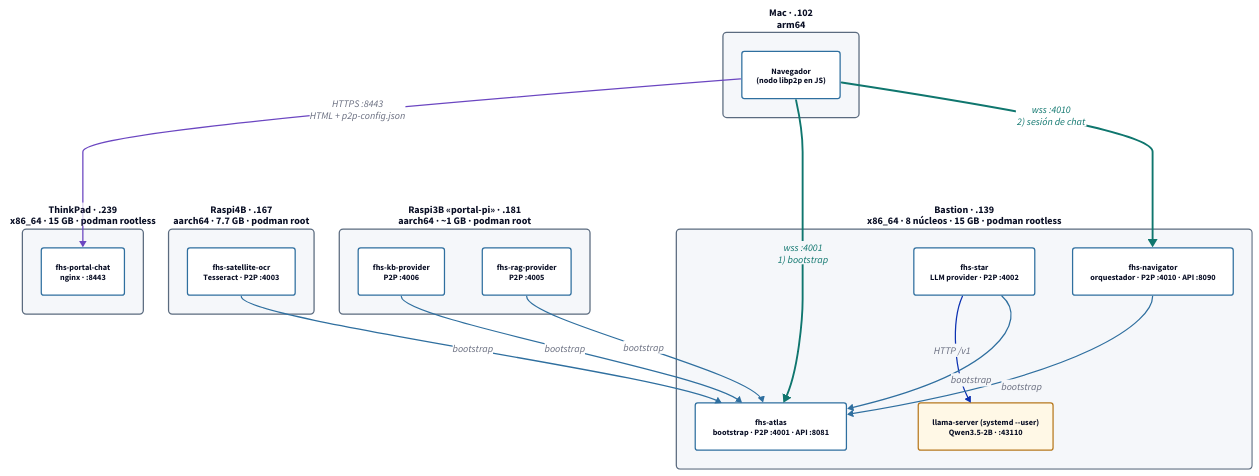
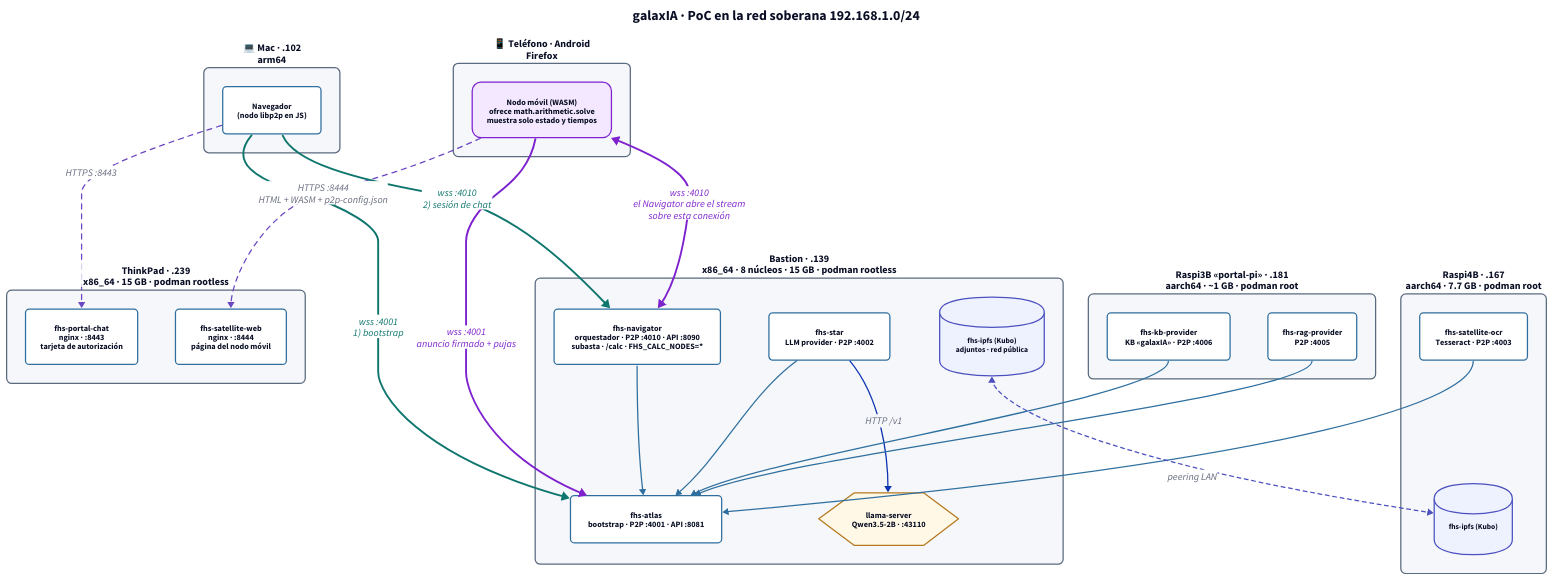
Before and after one commit to rafex/galaxIA-gitops: the diagram in docs/diagramas/topologia.d2, drawn with D2. The commit also changed 11 other files, not shown here.

First line of the commit message:
docs: estado 2026-10-01, nodo móvil /calc, KB galaxIA y diagramas D2 nuevos

```diff
--- a/docs/diagramas/topologia.d2
+++ b/docs/diagramas/topologia.d2
@@ -1,97 +1,120 @@
 # Topología de la PoC — qué corre dónde y quién habla con quién
 # Red soberana 192.168.1.0/24 (router OpenWrt 192.168.1.1). El acceso SSH
 # de operación está aparte: acceso-operacion.d2
 # Regenerar: scripts/render-diagramas.sh
 
 direction: down
 
 classes: {
   host: {
     style: {
       fill: "#F5F7FA"
       stroke: "#5B6B7F"
-      border-radius: 6
+      border-radius: 8
       font-size: 16
       bold: true
     }
   }
   svc: {
     style: {
       fill: "#FFFFFF"
       stroke: "#2F6F9F"
-      border-radius: 4
+      border-radius: 6
       font-size: 13
     }
   }
   llm: {
+    shape: hexagon
     style: {
       fill: "#FFF8E6"
       stroke: "#B7791F"
-      border-radius: 4
       font-size: 13
     }
   }
-  p2p: {
+  store: {
+    shape: cylinder
     style: {
-      stroke: "#2F6F9F"
-      stroke-width: 2
+      fill: "#EEF2FF"
+      stroke: "#4C51BF"
+      font-size: 12
     }
   }
-  browser: {
+  movil: {
     style: {
-      stroke: "#0F766E"
-      stroke-width: 3
-      font-color: "#0F766E"
+      fill: "#F3E8FF"
+      stroke: "#7E22CE"
+      stroke-width: 2
+      border-radius: 14
+      font-size: 13
     }
   }
-  web: {
-    style: {
-      stroke: "#6B46C1"
-      stroke-width: 2
-    }
-  }
+  p2p: { style: { stroke: "#2F6F9F"; stroke-width: 2 } }
+  browser: { style: { stroke: "#0F766E"; stroke-width: 3; font-color: "#0F766E" } }
+  web: { style: { stroke: "#6B46C1"; stroke-width: 2; stroke-dash: 4 } }
+  nodo: { style: { stroke: "#7E22CE"; stroke-width: 3; font-color: "#7E22CE" } }
 }
 
-mac: "Mac · .102\narm64" {
+titulo: "galaxIA · PoC en la red soberana 192.168.1.0/24" {
+  near: top-center
+  shape: text
+  style.font-size: 22
+  style.bold: true
+}
+
+mac: "💻 Mac · .102\narm64" {
   class: host
   navegador: "Navegador\n(nodo libp2p en JS)" {class: svc}
 }
 
+telefono: "📱 Teléfono · Android\nFirefox" {
+  class: host
+  nodo: "Nodo móvil (WASM)\nofrece math.arithmetic.solve\nmuestra solo estado y tiempos" {class: movil}
+}
+
 thinkpad: "ThinkPad · .239\nx86_64 · 15 GB · podman rootless" {
   class: host
-  portal: "fhs-portal-chat\nnginx · :8443" {class: svc}
+  portal: "fhs-portal-chat\nnginx · :8443\ntarjeta de autorización" {class: svc}
+  web: "fhs-satellite-web\nnginx · :8444\npágina del nodo móvil" {class: svc}
 }
 
 bastion: "Bastion · .139\nx86_64 · 8 núcleos · 15 GB · podman rootless" {
   class: host
   atlas: "fhs-atlas\nbootstrap · P2P :4001 · API :8081" {class: svc}
-  navigator: "fhs-navigator\norquestador · P2P :4010 · API :8090" {class: svc}
+  navigator: "fhs-navigator\norquestador · P2P :4010 · API :8090\nsubasta · /calc · FHS_CALC_NODES=*" {class: svc}
   star: "fhs-star\nLLM provider · P2P :4002" {class: svc}
-  llama: "llama-server (systemd --user)\nQwen3.5-2B · :43110" {class: llm}
+  llama: "llama-server\nQwen3.5-2B · :43110" {class: llm}
+  ipfs: "fhs-ipfs (Kubo)\nadjuntos · red pública" {class: store}
   star -> llama: "HTTP /v1"
 }
 
 raspi4b: "Raspi4B · .167\naarch64 · 7.7 GB · podman root" {
   class: host
   ocr: "fhs-satellite-ocr\nTesseract · P2P :4003" {class: svc}
+  ipfs: "fhs-ipfs (Kubo)" {class: store}
 }
 
 raspi3b: "Raspi3B «portal-pi» · .181\naarch64 · ~1 GB · podman root" {
   class: host
-  kb: "fhs-kb-provider\nP2P :4006" {class: svc}
+  kb: "fhs-kb-provider\nKB «galaxIA» · P2P :4006" {class: svc}
   rag: "fhs-rag-provider\nP2P :4005" {class: svc}
 }
 
-# Web: el navegador baja el portal y su p2p-config.json
-mac.navegador -> thinkpad.portal: "HTTPS :8443\nHTML + p2p-config.json" {class: web}
+# Web: los navegadores bajan la página y su p2p-config.json
+mac.navegador -> thinkpad.portal: "HTTPS :8443" {class: web}
+telefono.nodo -> thinkpad.web: "HTTPS :8444\nHTML + WASM + p2p-config.json" {class: web}
 
 # P2P: el navegador entra al swarm por Atlas y dialea directo a Navigator
 mac.navegador -> bastion.atlas: "wss :4001\n1) bootstrap" {class: browser}
 mac.navegador -> bastion.navigator: "wss :4010\n2) sesión de chat" {class: browser}
 
+# El teléfono hace lo mismo y además se anuncia como proveedor
+telefono.nodo -> bastion.atlas: "wss :4001\nanuncio firmado + pujas" {class: nodo}
+telefono.nodo <-> bastion.navigator: "wss :4010\nel Navigator abre el stream\nsobre esta conexión" {class: nodo}
+
 # Cada provider y Navigator se enganchan a Atlas (dialBootstraps con reintento)
-bastion.navigator -> bastion.atlas: "bootstrap" {class: p2p}
-bastion.star -> bastion.atlas: "bootstrap" {class: p2p}
-raspi4b.ocr -> bastion.atlas: "bootstrap" {class: p2p}
-raspi3b.kb -> bastion.atlas: "bootstrap" {class: p2p}
-raspi3b.rag -> bastion.atlas: "bootstrap" {class: p2p}
+bastion.navigator -> bastion.atlas {class: p2p}
+bastion.star -> bastion.atlas {class: p2p}
+raspi4b.ocr -> bastion.atlas {class: p2p}
+raspi3b.kb -> bastion.atlas {class: p2p}
+raspi3b.rag -> bastion.atlas {class: p2p}
+bastion.ipfs <-> raspi4b.ipfs: "peering LAN" {style.stroke: "#4C51BF"; style.stroke-dash: 3}
```
